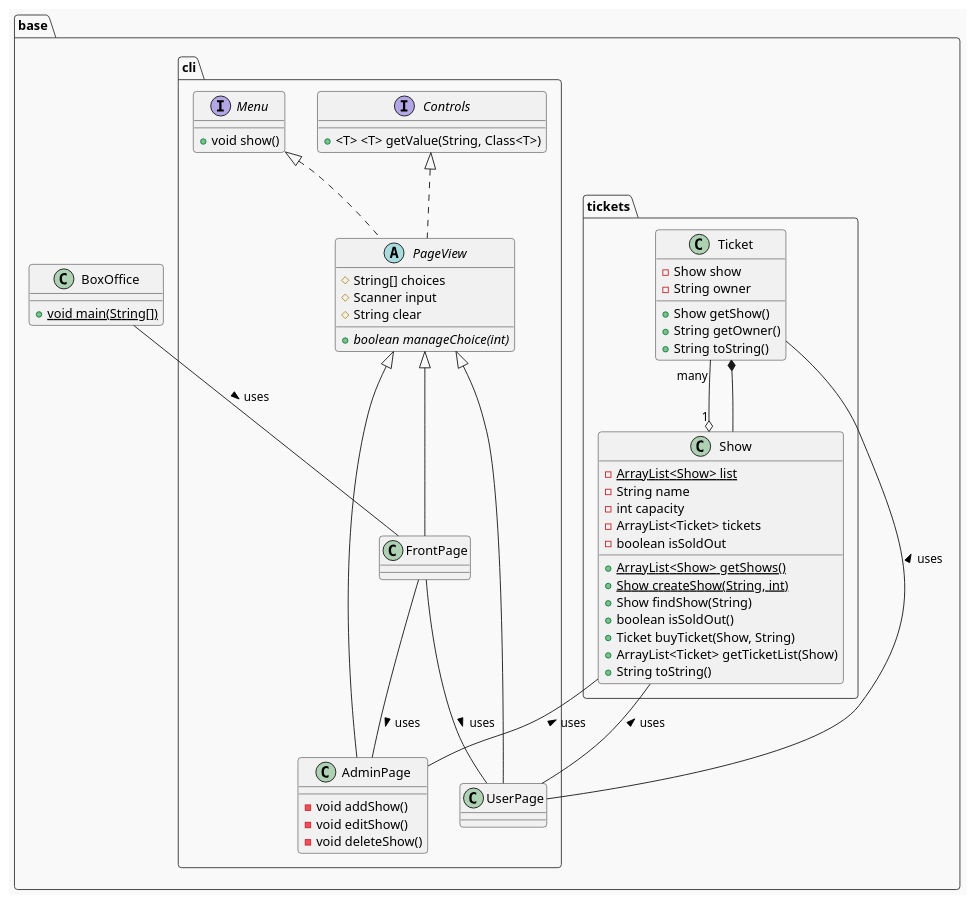
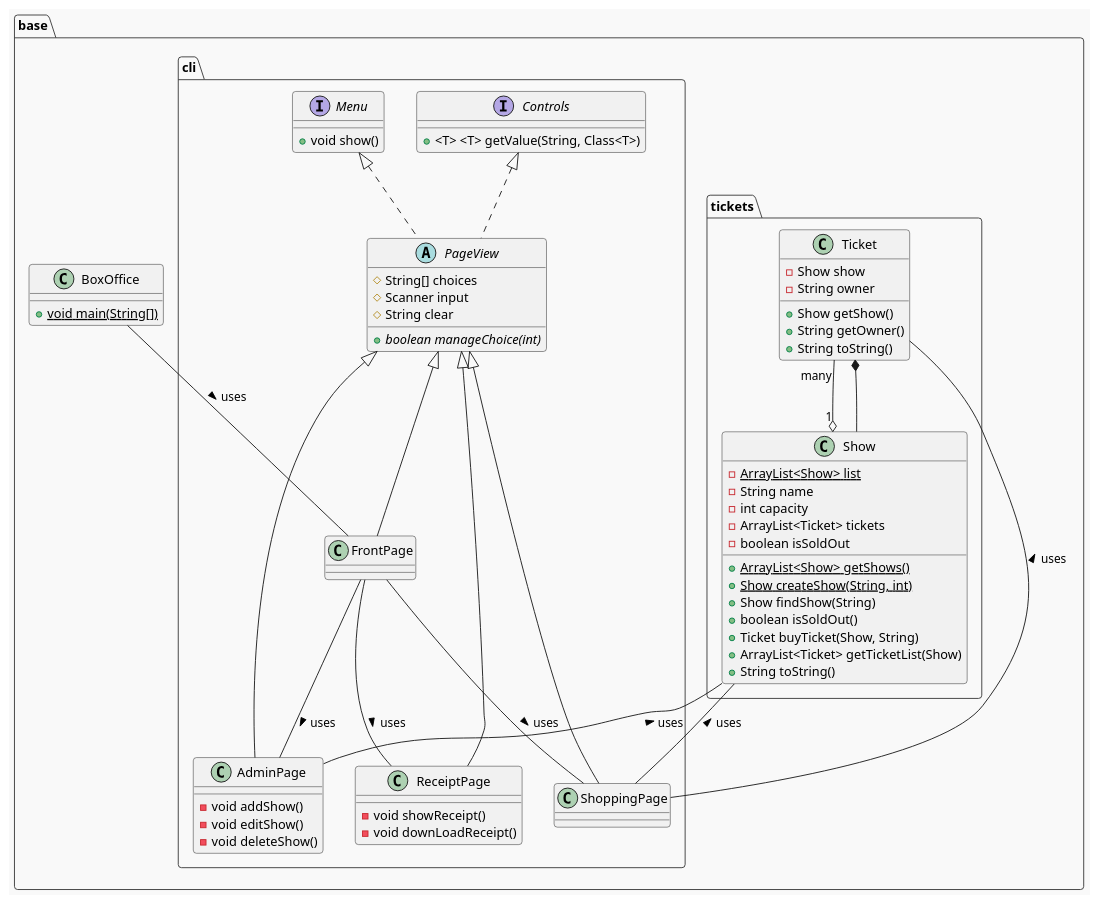
Before and after one commit to physcrowley/BoxOffice: the diagram in structure.puml, drawn with PlantUML. The commit also changed 1 other file, not shown here.

Commit message:
added empty ReceiptPage

```diff
--- a/structure.puml
+++ b/structure.puml
@@ -3,76 +3,81 @@
 @startuml structure
 
 /' https://plantuml.com/fr/theme
 favoris : mars, plain, amiga, crt-green, sketchy '/
 !theme mars
 
 /' https://plantuml.com/fr/class-diagram '/
 
 /' objets '/
 package base {
     package base.cli {
 
         interface Controls {
             + <T> <T> getValue(String, Class<T>)
         }
         interface Menu{
             + void show()
         }
         abstract class PageView implements Menu, Controls {
             # String[] choices 
             # Scanner input
             # String clear
             + {abstract} boolean manageChoice(int)
         }
         class FrontPage extends PageView
         class AdminPage extends PageView {
             - void addShow()
             - void editShow()
             - void deleteShow()
         }
-        class UserPage extends PageView
+        class ShoppingPage extends PageView
+        class ReceiptPage extends PageView {
+            - void showReceipt()
+            - void downLoadReceipt()
+        }
 
         FrontPage -- AdminPage : > uses
-        FrontPage -- UserPage : > uses
-        
+        FrontPage -- ShoppingPage : > uses
+        FrontPage -- ReceiptPage : > uses
+
     }
 
     package base.tickets {
         class Ticket {
             - Show show
             - String owner
             + Show getShow()
             + String getOwner()
             + String toString()
         }
         class Show {
             - {static} ArrayList<Show> list
             - String name
             - int capacity
             - ArrayList<Ticket> tickets
             - boolean isSoldOut
             + {static} ArrayList<Show> getShows()
             + {static} Show createShow(String, int)
             + Show findShow(String)
             + boolean isSoldOut()
             + Ticket buyTicket(Show, String)
             + ArrayList<Ticket> getTicketList(Show)
             + String toString()
         }
 
         Ticket "many" --o "1"  Show
         Ticket *-- Show
     }
 
     class BoxOffice {
         + {static} void main(String[])
     }
 
     BoxOffice -- FrontPage : > uses
     Show -- AdminPage : < uses
-    Show -- UserPage : < uses
-    Ticket -- UserPage : < uses
+    Show -- ShoppingPage : < uses
+    Ticket -- ShoppingPage : < uses
 
 }
 
 @enduml
```
